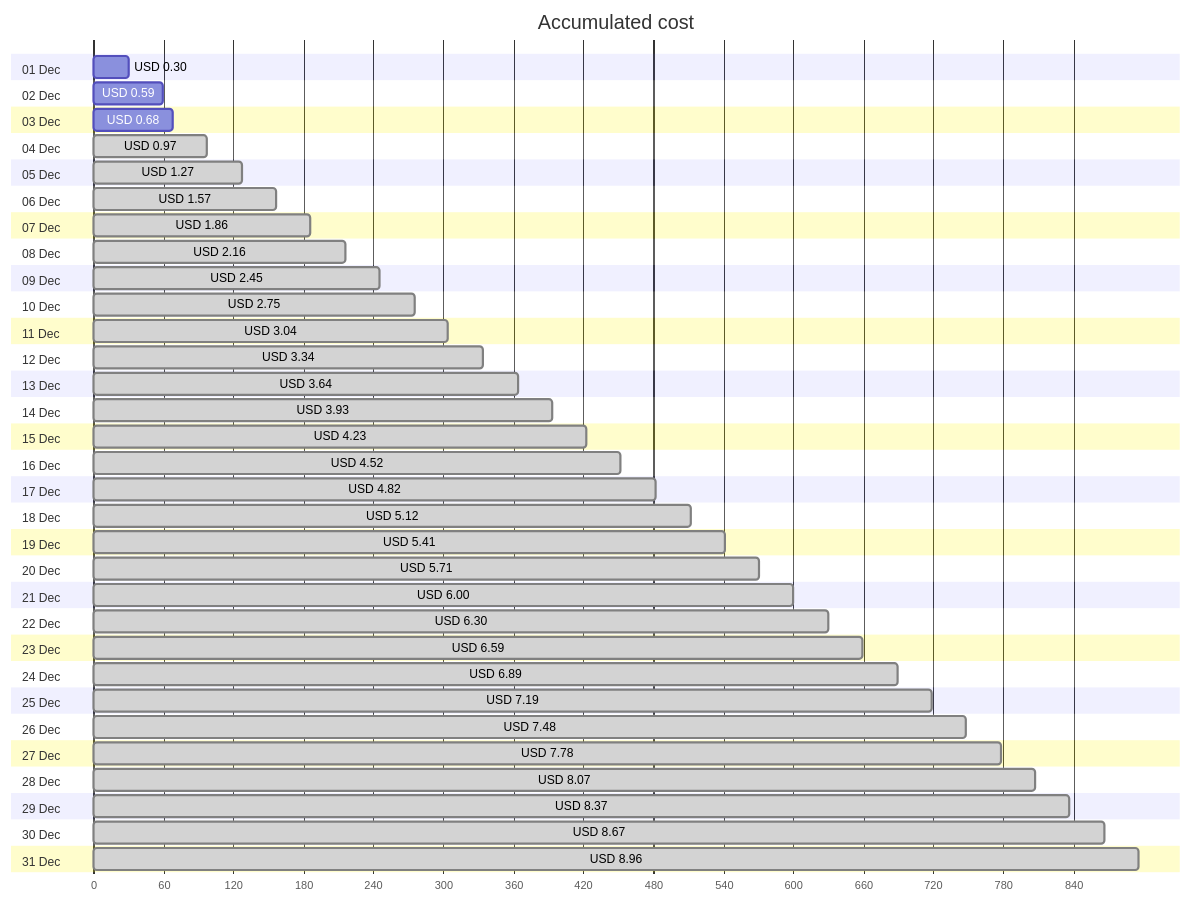
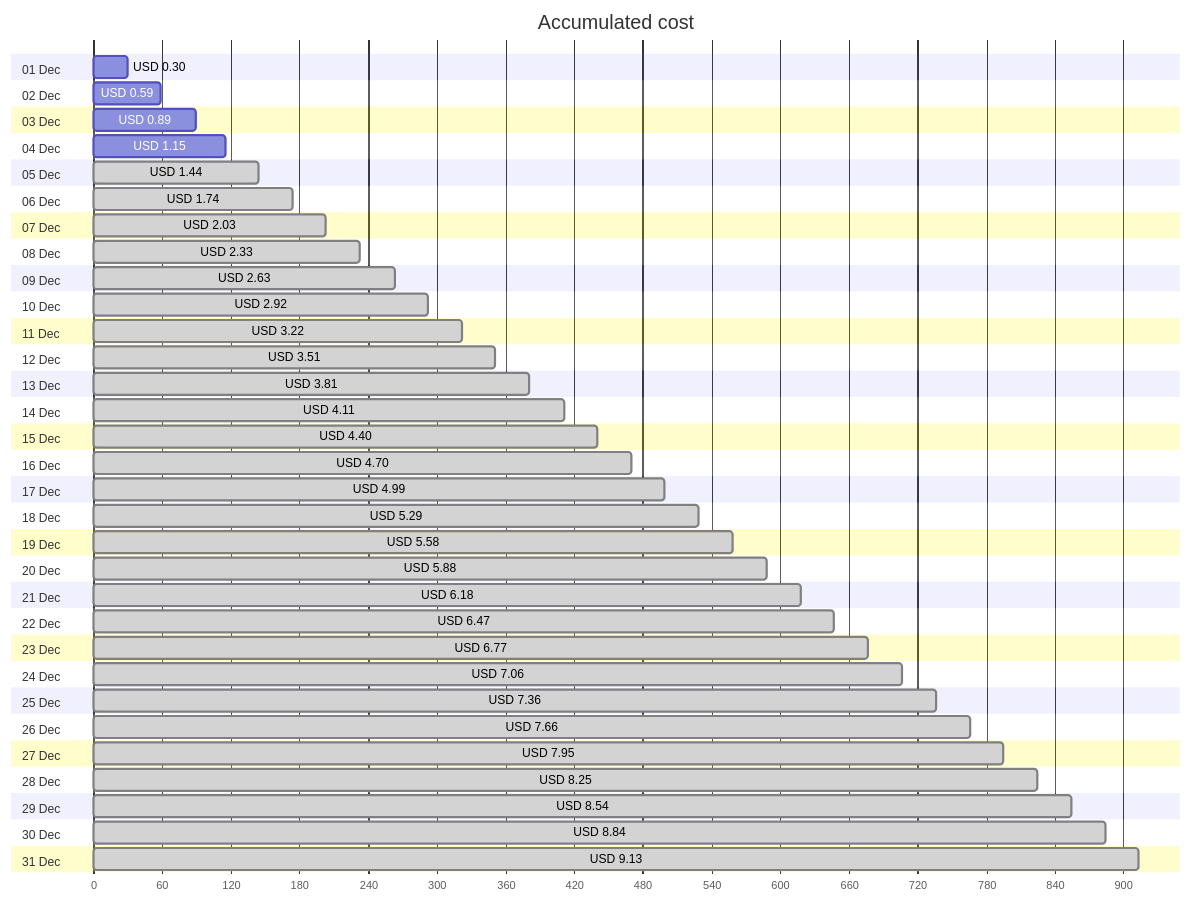
Before and after one commit to jpfulton/azure-personal-reports: the first of 4 diagrams in cost-reports/personal-site/personal-site-preview.md, drawn with Mermaid. The commit also changed other lines of this file and 8 other files, not shown here.

````diff
--- a/cost-reports/personal-site/personal-site-preview.md
+++ b/cost-reports/personal-site/personal-site-preview.md
@@ -20,68 +20,68 @@
 ```mermaid
 gantt
    title Accumulated cost
    dateFormat  X
    axisFormat %s
    section 01 Dec
    USD 0.30 :0, 30
    section 02 Dec
    USD 0.59 :0, 59
    section 03 Dec
-   USD 0.68 :0, 68
+   USD 0.89 :0, 89
    section 04 Dec
-   USD 0.97 : done, 0, 97
+   USD 1.15 :0, 115
    section 05 Dec
-   USD 1.27 : done, 0, 127
+   USD 1.44 : done, 0, 144
    section 06 Dec
-   USD 1.57 : done, 0, 157
+   USD 1.74 : done, 0, 174
    section 07 Dec
-   USD 1.86 : done, 0, 186
+   USD 2.03 : done, 0, 203
    section 08 Dec
-   USD 2.16 : done, 0, 216
+   USD 2.33 : done, 0, 233
    section 09 Dec
-   USD 2.45 : done, 0, 245
+   USD 2.63 : done, 0, 263
    section 10 Dec
-   USD 2.75 : done, 0, 275
+   USD 2.92 : done, 0, 292
    section 11 Dec
-   USD 3.04 : done, 0, 304
+   USD 3.22 : done, 0, 322
    section 12 Dec
-   USD 3.34 : done, 0, 334
+   USD 3.51 : done, 0, 351
    section 13 Dec
-   USD 3.64 : done, 0, 364
+   USD 3.81 : done, 0, 381
    section 14 Dec
-   USD 3.93 : done, 0, 393
+   USD 4.11 : done, 0, 411
    section 15 Dec
-   USD 4.23 : done, 0, 423
+   USD 4.40 : done, 0, 440
    section 16 Dec
-   USD 4.52 : done, 0, 452
+   USD 4.70 : done, 0, 470
    section 17 Dec
-   USD 4.82 : done, 0, 482
+   USD 4.99 : done, 0, 499
    section 18 Dec
-   USD 5.12 : done, 0, 512
+   USD 5.29 : done, 0, 529
    section 19 Dec
-   USD 5.41 : done, 0, 541
+   USD 5.58 : done, 0, 558
    section 20 Dec
-   USD 5.71 : done, 0, 571
+   USD 5.88 : done, 0, 588
    section 21 Dec
-   USD 6.00 : done, 0, 600
+   USD 6.18 : done, 0, 618
    section 22 Dec
-   USD 6.30 : done, 0, 630
+   USD 6.47 : done, 0, 647
    section 23 Dec
-   USD 6.59 : done, 0, 659
+   USD 6.77 : done, 0, 677
    section 24 Dec
-   USD 6.89 : done, 0, 689
+   USD 7.06 : done, 0, 706
    section 25 Dec
-   USD 7.19 : done, 0, 719
+   USD 7.36 : done, 0, 736
    section 26 Dec
-   USD 7.48 : done, 0, 748
+   USD 7.66 : done, 0, 766
    section 27 Dec
-   USD 7.78 : done, 0, 778
+   USD 7.95 : done, 0, 795
    section 28 Dec
-   USD 8.07 : done, 0, 807
+   USD 8.25 : done, 0, 825
    section 29 Dec
-   USD 8.37 : done, 0, 837
+   USD 8.54 : done, 0, 854
    section 30 Dec
-   USD 8.67 : done, 0, 867
+   USD 8.84 : done, 0, 884
    section 31 Dec
-   USD 8.96 : done, 0, 896
+   USD 9.13 : done, 0, 913
 ```
````
